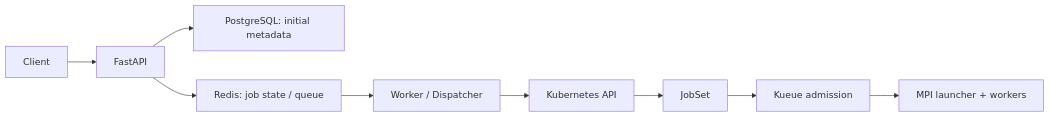
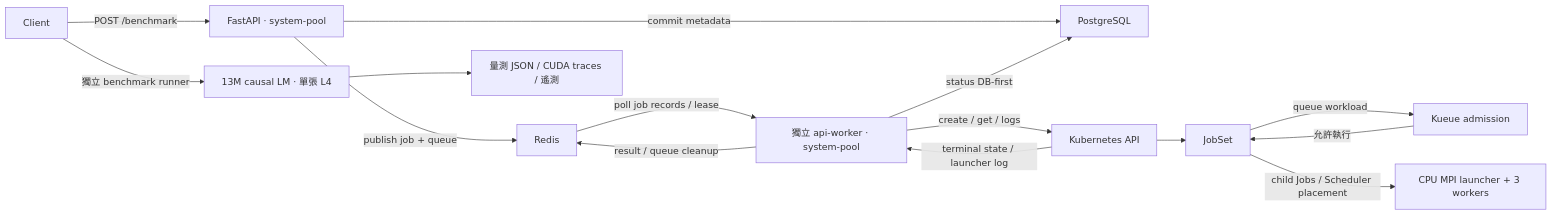
One commit to davidtestdocker/hpc changed the diagram in README.md. Above: the diagram before and after it, drawn with Mermaid. The commit also changed other lines of this file and 46 other files, not shown here.

````diff
--- a/README.md
+++ b/README.md
@@ -49,11 +23,17 @@
 ```mermaid
 flowchart LR
-    C["Client"] --> A["FastAPI"]
-    A --> D["PostgreSQL: initial metadata"]
-    A --> R["Redis: job state / queue"]
-    R --> W["Worker / Dispatcher"]
-    W --> K["Kubernetes API"]
+    C["Client"] -->|"POST /benchmark"| A["FastAPI · system-pool"]
+    A -->|"commit metadata"| D["PostgreSQL"]
+    A -->|"publish job + queue"| R["Redis"]
+    R -->|"poll job records / lease"| W["獨立 api-worker · system-pool"]
+    W -->|"create / get / logs"| K["Kubernetes API"]
     K --> J["JobSet"]
-    J --> Q["Kueue admission"]
-    Q --> M["MPI launcher + workers"]
+    J -->|"queue workload"| Q
+    Q["Kueue admission"] -->|"允許執行"| J
+    J -->|"child Jobs / Scheduler placement"| M["CPU MPI launcher + 3 workers"]
+    K -->|"terminal state / launcher log"| W
+    W -->|"status DB-first"| D
+    W -->|"result / queue cleanup"| R
+    C -->|"獨立 benchmark runner"| T["13M causal LM · 單張 L4"]
+    T --> E["量測 JSON / CUDA traces / 遙測"]
 ```
````
